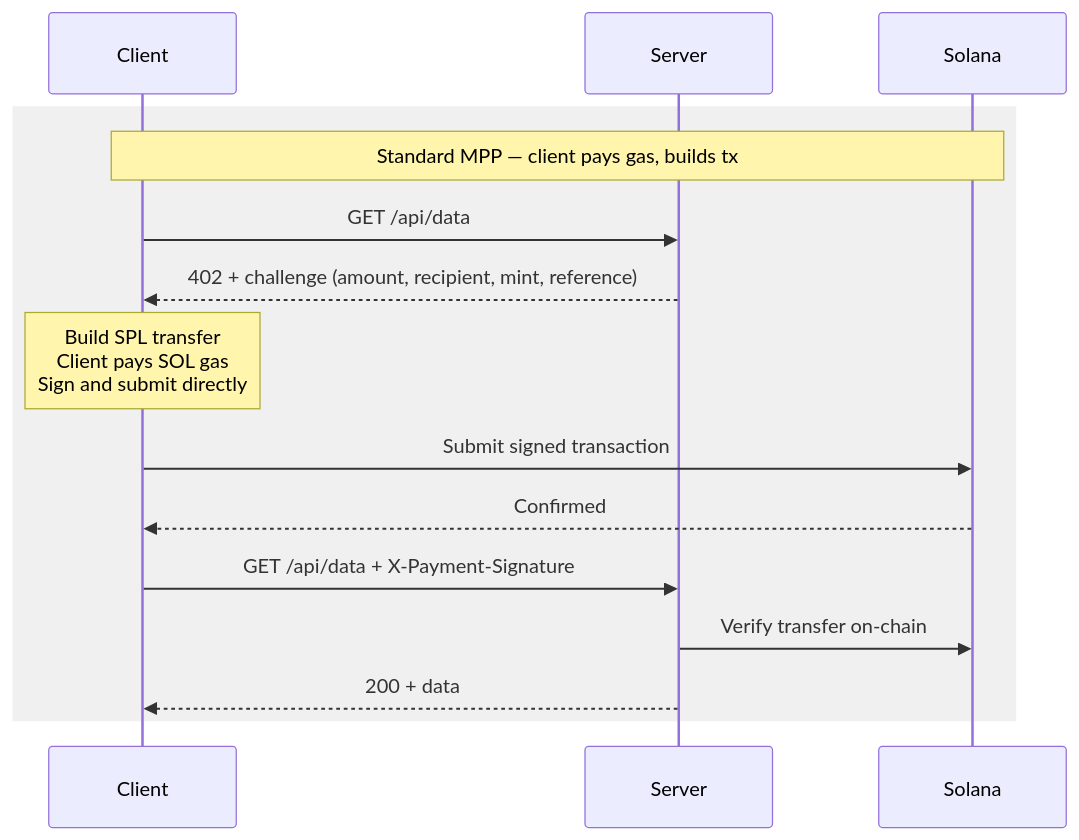
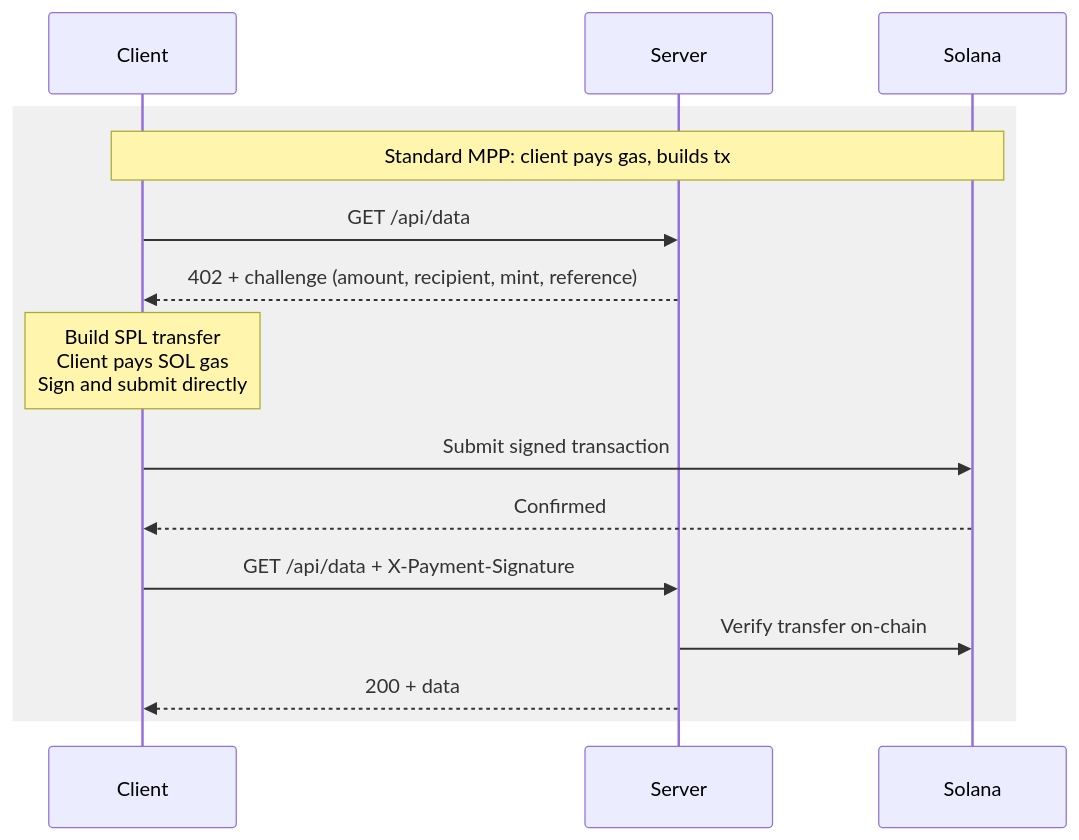
Before and after one commit to abhay/tollbooth: the first of 4 diagrams in README.md, drawn with Mermaid. The commit also changed other lines of this file and 19 other files, not shown here.

````diff
--- a/README.md
+++ b/README.md
@@ -34,21 +34,21 @@
 ```mermaid
 sequenceDiagram
     participant C as Client
     participant T as Server
     participant S as Solana
 
     rect rgb(240, 240, 240)
-    Note over C,S: Standard MPP — client pays gas, builds tx
+    Note over C,S: Standard MPP: client pays gas, builds tx
     C->>T: GET /api/data
     T-->>C: 402 + challenge (amount, recipient, mint, reference)
 
     Note over C: Build SPL transfer<br/>Client pays SOL gas<br/>Sign and submit directly
 
     C->>S: Submit signed transaction
     S-->>C: Confirmed
 
     C->>T: GET /api/data + X-Payment-Signature
     T->>S: Verify transfer on-chain
     T-->>C: 200 + data
     end
 ```
````
